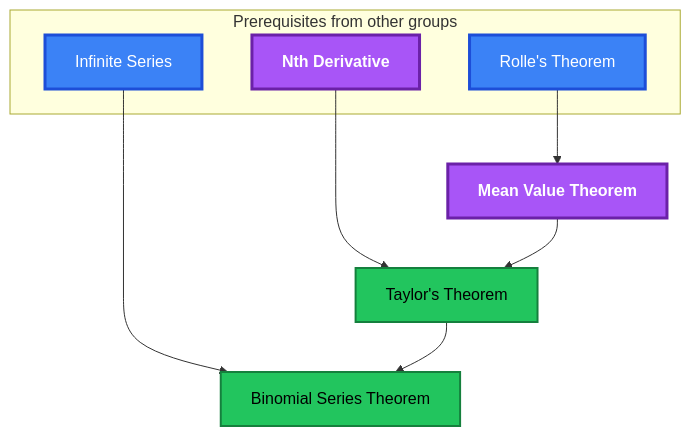
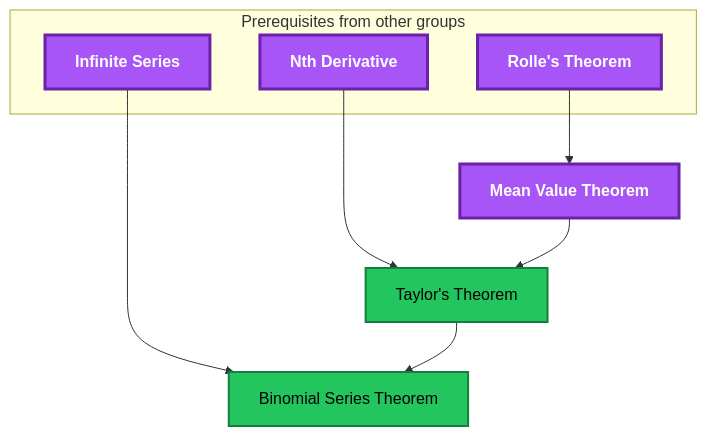
One commit to MRauf1/My-Notes changed the ninth of 22 diagrams in Gamification/Skill Trees/Real Analysis.md. Above: the diagram before and after it, drawn with Mermaid. The commit also changed other lines of this file and 73 other files, not shown here.

````diff
--- a/Gamification/Skill Trees/Real Analysis.md
+++ b/Gamification/Skill Trees/Real Analysis.md
@@ -863,29 +863,28 @@
 ```mermaid
 flowchart TD
     classDef planned fill:#1E293B,stroke:#64748B,stroke-width:2px,stroke-dasharray:5 5,color:#94A3B8;
     classDef locked fill:#334155,stroke:#475569,stroke-width:2px,color:#94A3B8;
     classDef L0 fill:#F1F5F9,stroke:#94A3B8,stroke-width:2px,color:#000000;
     classDef L1 fill:#22C55E,stroke:#15803D,stroke-width:2px,color:#000000;
     classDef L2 fill:#3B82F6,stroke:#1D4ED8,stroke-width:3px,color:#FFFFFF;
     classDef L3 fill:#A855F7,stroke:#6B21A8,stroke-width:3px,color:#FFFFFF,font-weight:bold;
     classDef L4 fill:#F97316,stroke:#C2410C,stroke-width:4px,color:#000000,font-weight:bold;
     classDef L5 fill:#FFD700,stroke:#FF8C00,stroke-width:5px,color:#000000,font-weight:bold;
     classDef rusty stroke:#8B4513,stroke-width:4px,stroke-dasharray:3 3;
     subgraph sg_prereqs["Prerequisites from other groups"]
         n_rolle_s_theorem["Rolle's Theorem"]
         n_nth_derivative["Nth Derivative"]
         n_infinite_series["Infinite Series"]
     end
     n_mean_value_theorem["Mean Value Theorem"]
     n_taylor_s_theorem["Taylor's Theorem"]
     n_binomial_series_theorem["Binomial Series Theorem"]
     n_rolle_s_theorem --> n_mean_value_theorem
     n_nth_derivative --> n_taylor_s_theorem
     n_mean_value_theorem --> n_taylor_s_theorem
     n_infinite_series --> n_binomial_series_theorem
     n_taylor_s_theorem --> n_binomial_series_theorem
     class n_taylor_s_theorem,n_binomial_series_theorem L1;
-    class n_rolle_s_theorem,n_infinite_series L2;
-    class n_nth_derivative,n_mean_value_theorem L3;
+    class n_rolle_s_theorem,n_nth_derivative,n_infinite_series,n_mean_value_theorem L3;
     class n_rolle_s_theorem,n_nth_derivative,n_infinite_series,n_mean_value_theorem,n_taylor_s_theorem,n_binomial_series_theorem internal-link;
 ```
````
